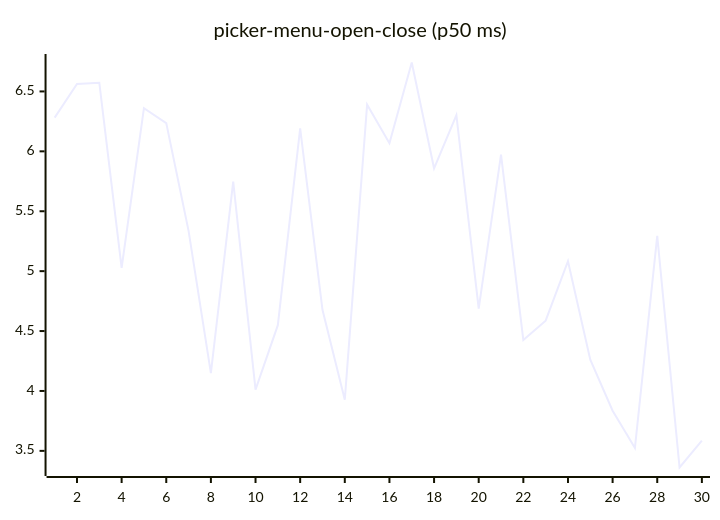
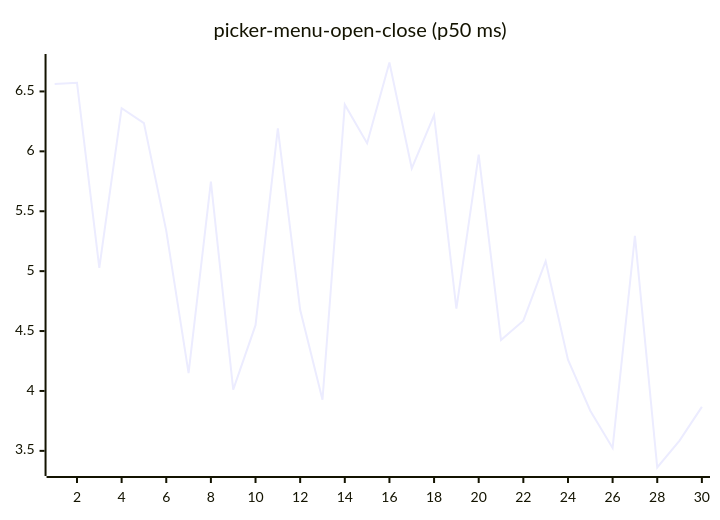
Before and after one commit to josha/Facet: diagram 16 of 27 in README.md, drawn with Mermaid. The commit also changed other lines of this file and 2 other files, not shown here.

````diff
--- a/README.md
+++ b/README.md
@@ -168,6 +168,6 @@
 ```mermaid
 xychart-beta
     title "picker-menu-open-close (p50 ms)"
     x-axis 1 --> 30
-    line [6.2815, 6.5623, 6.5728, 5.0278, 6.3599, 6.2355, 5.3362, 4.1492, 5.7473, 4.0112, 4.5489, 6.1919, 4.6774, 3.9267, 6.3897, 6.0683, 6.7415, 5.8582, 6.3016, 4.6878, 5.9725, 4.4246, 4.5868, 5.0832, 4.2609, 3.8354, 3.5244, 5.2942, 3.3612, 3.5857]
+    line [6.5623, 6.5728, 5.0278, 6.3599, 6.2355, 5.3362, 4.1492, 5.7473, 4.0112, 4.5489, 6.1919, 4.6774, 3.9267, 6.3897, 6.0683, 6.7415, 5.8582, 6.3016, 4.6878, 5.9725, 4.4246, 4.5868, 5.0832, 4.2609, 3.8354, 3.5244, 5.2942, 3.3612, 3.5857, 3.8672]
 ```
````
